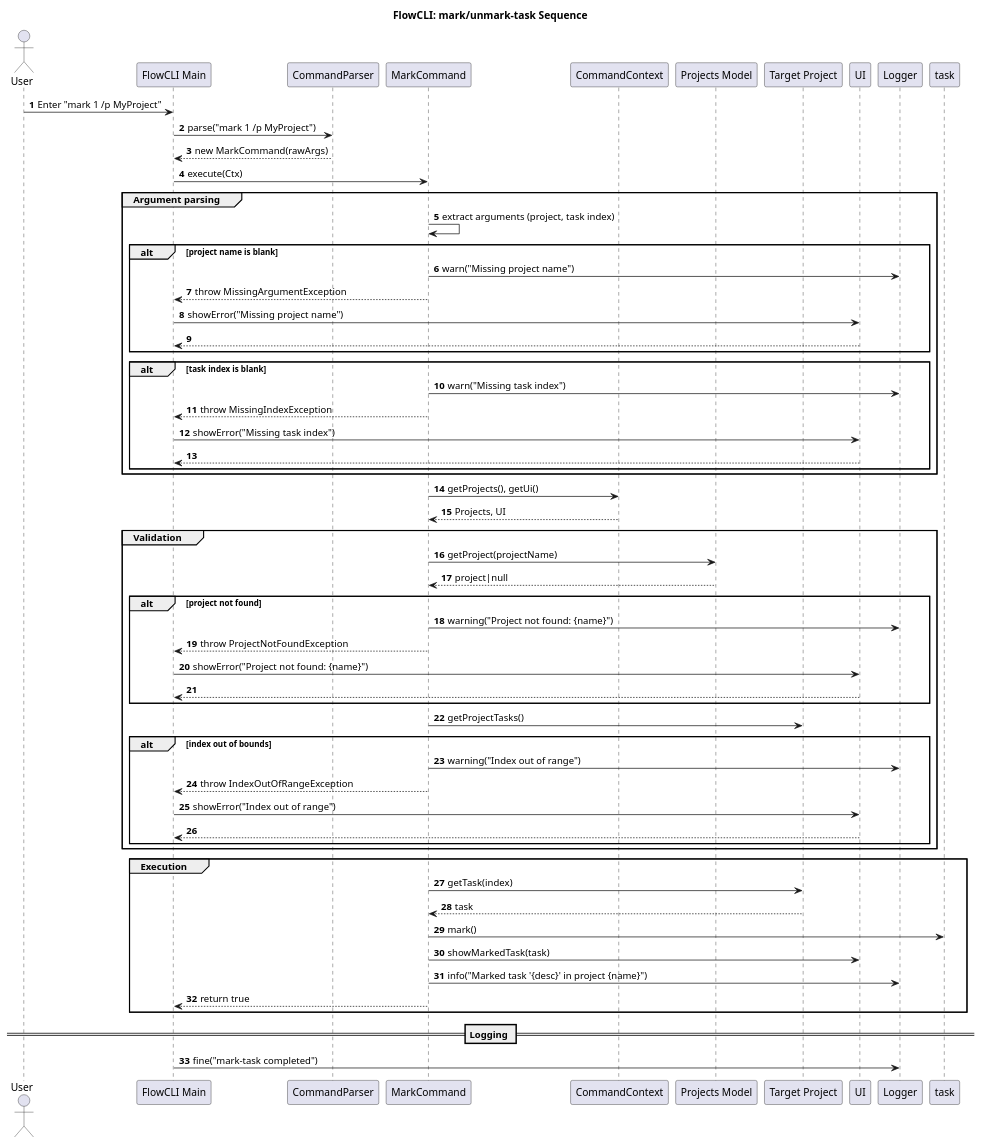
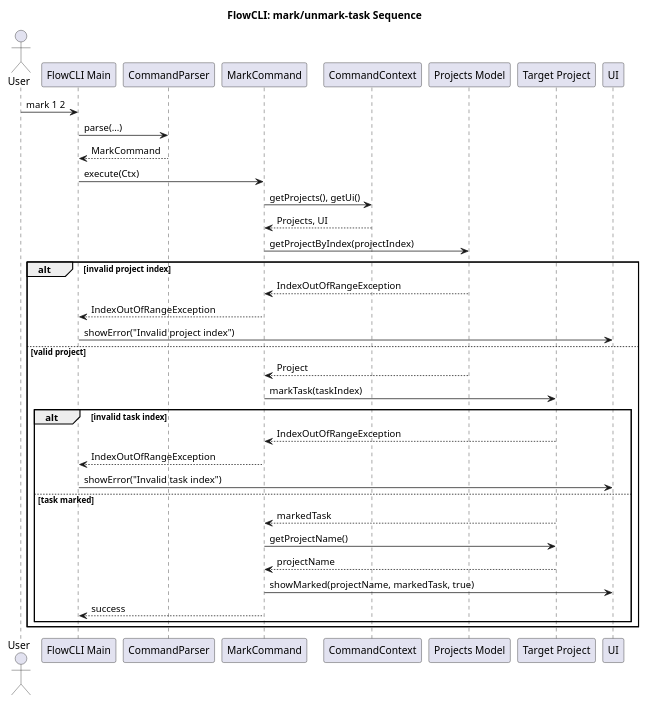
Before and after one commit to sean6369/tp: the diagram in docs/plantUML/task-management/mark-unmark-task-sequence-diagram.puml, drawn with PlantUML. The commit also changed 9 other files, not shown here.

Commit message:
update task mgmt plantUML diagrams

```diff
--- a/docs/plantUML/task-management/mark-unmark-task-sequence-diagram.puml
+++ b/docs/plantUML/task-management/mark-unmark-task-sequence-diagram.puml
@@ -1,70 +1,45 @@
 @startuml MarkUnmarkTaskSequenceDiagram
 title FlowCLI: mark/unmark-task Sequence
-autonumber
 
 actor User
 participant "FlowCLI Main" as CLI
 participant "CommandParser" as Parser
 participant "MarkCommand" as MarkCmd
 participant "CommandContext" as Ctx
 participant "Projects Model" as Projects
 participant "Target Project" as Project
 participant "UI" as UI
-participant "Logger" as Log
 
-User -> CLI: Enter "mark 1 /p MyProject"
-CLI -> Parser: parse("mark 1 /p MyProject")
-Parser --> CLI: new MarkCommand(rawArgs)
+User -> CLI: mark 1 2
+CLI -> Parser: parse(...)
+Parser --> CLI: MarkCommand
 
 CLI -> MarkCmd: execute(Ctx)
-
-group Argument parsing
-  MarkCmd -> MarkCmd: extract arguments (project, task index)
-  alt project name is blank
-    MarkCmd -> Log: warn("Missing project name")
-    MarkCmd --> CLI: throw MissingArgumentException
-    CLI -> UI: showError("Missing project name")
-    return
-  end
-  alt task index is blank
-    MarkCmd -> Log: warn("Missing task index")
-    MarkCmd --> CLI: throw MissingIndexException
-    CLI -> UI: showError("Missing task index")
-    return
-  end
-end
 
 MarkCmd -> Ctx: getProjects(), getUi()
 Ctx --> MarkCmd: Projects, UI
 
-group Validation
-  MarkCmd -> Projects: getProject(projectName)
-  Projects --> MarkCmd: project|null
-  alt project not found
-    MarkCmd -> Log: warning("Project not found: {name}")
-    MarkCmd --> CLI: throw ProjectNotFoundException
-    CLI -> UI: showError("Project not found: {name}")
-    return
-  end
-  MarkCmd -> Project: getProjectTasks()
-  alt index out of bounds
-    MarkCmd -> Log: warning("Index out of range")
-    MarkCmd --> CLI: throw IndexOutOfRangeException
-    CLI -> UI: showError("Index out of range")
-    return
-  end
+MarkCmd -> Projects: getProjectByIndex(projectIndex)
+
+alt invalid project index
+    Projects --> MarkCmd: IndexOutOfRangeException
+    MarkCmd --> CLI: IndexOutOfRangeException
+    CLI -> UI: showError("Invalid project index")
+else valid project
+    Projects --> MarkCmd: Project
+    MarkCmd -> Project: markTask(taskIndex)
+
+    alt invalid task index
+        Project --> MarkCmd: IndexOutOfRangeException
+        MarkCmd --> CLI: IndexOutOfRangeException
+        CLI -> UI: showError("Invalid task index")
+    else task marked
+        Project --> MarkCmd: markedTask
+        MarkCmd -> Project: getProjectName()
+        Project --> MarkCmd: projectName
+        MarkCmd -> UI: showMarked(projectName, markedTask, true)
+        MarkCmd --> CLI: success
+    end
 end
 
-group Execution
-  MarkCmd -> Project: getTask(index)
-  Project --> MarkCmd: task
-  MarkCmd -> task: mark()
-  MarkCmd -> UI: showMarkedTask(task)
-  MarkCmd -> Log: info("Marked task '{desc}' in project {name}")
-  MarkCmd --> CLI: return true
-end
-
-== Logging ==
-CLI -> Log: fine("mark-task completed")
-
 @enduml
```
